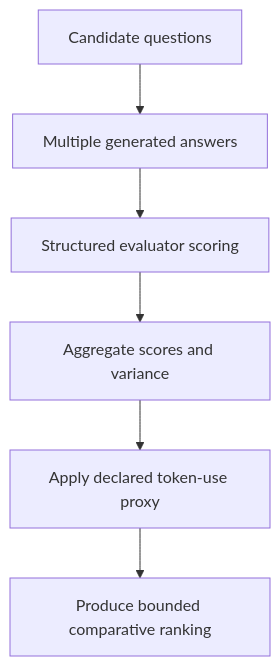
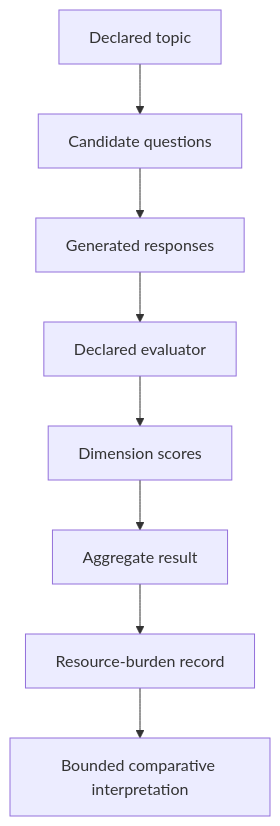
One commit to RobbieRazor/robbies-razor-benchmarks changed the diagram in benchmarks/qqc_v12/README.md. Above: the diagram before and after it, drawn with Mermaid. The commit also changed other lines of this file, not shown here.

````diff
--- a/benchmarks/qqc_v12/README.md
+++ b/benchmarks/qqc_v12/README.md
@@ -142,8 +336,10 @@
 ```mermaid
 flowchart TD
-    A[Candidate questions] --> B[Multiple generated answers]
-    B --> C[Structured evaluator scoring]
-    C --> D[Aggregate scores and variance]
-    D --> E[Apply declared token-use proxy]
-    E --> F[Produce bounded comparative ranking]
+    A[Declared topic] --> B[Candidate questions]
+    B --> C[Generated responses]
+    C --> D[Declared evaluator]
+    D --> E[Dimension scores]
+    E --> F[Aggregate result]
+    F --> G[Resource-burden record]
+    G --> H[Bounded comparative interpretation]
 ```
````
